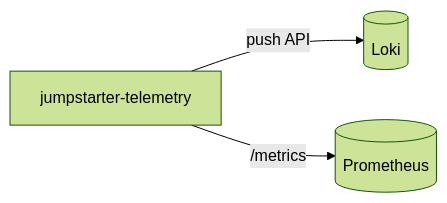
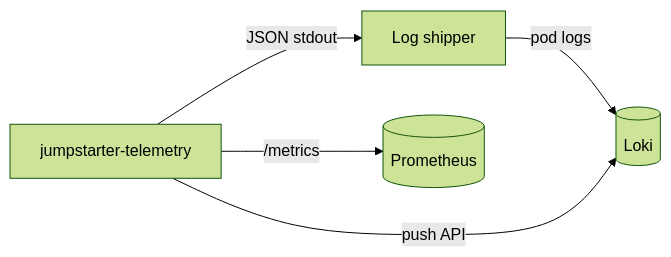
The third of 5 diagrams in python/docs/source/internal/jeps/JEP-0011-observability-telemetry-logs.md (jumpstarter-dev/jumpstarter), drawn with Mermaid (forest theme) before and after one commit. The commit also changed other lines of this file, not shown here.

````diff
--- a/python/docs/source/internal/jeps/JEP-0011-observability-telemetry-logs.md
+++ b/python/docs/source/internal/jeps/JEP-0011-observability-telemetry-logs.md
@@ -564,5 +566,7 @@
 ```{mermaid}
 flowchart LR
-  tel[jumpstarter-telemetry] -->|push API| loki[(Loki)]
+  tel[jumpstarter-telemetry] -->|JSON stdout| shipper[Log shipper]
+  shipper -->|pod logs| loki[(Loki)]
+  tel -->|push API| loki
   tel -->|/metrics| prom[(Prometheus)]
 ```
````
